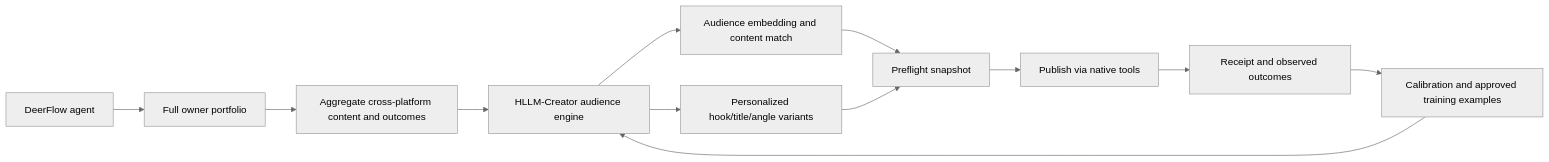
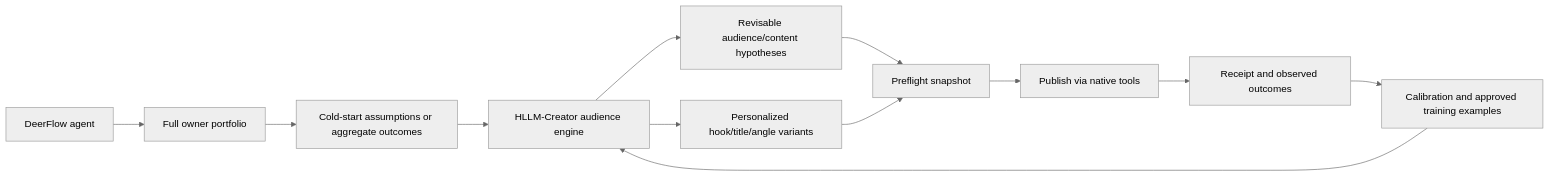
The diagram in docs/HLLM_CREATOR_INTEGRATION.md (yangshengguo46-stack/marketing-system-v4-ip-agent), drawn with Mermaid (neutral theme) before and after one commit. The commit also changed other lines of this file and 161 other files, not shown here.

````diff
--- a/docs/HLLM_CREATOR_INTEGRATION.md
+++ b/docs/HLLM_CREATOR_INTEGRATION.md
@@ -27,14 +27,14 @@
 ```mermaid
 flowchart LR
     D["DeerFlow agent"] --> P["Full owner portfolio"]
-    P --> A["Aggregate cross-platform content and outcomes"]
+    P --> A["Cold-start assumptions or aggregate outcomes"]
     A --> H["HLLM-Creator audience engine"]
-    H --> E["Audience embedding and content match"]
+    H --> E["Revisable audience/content hypotheses"]
     H --> G["Personalized hook/title/angle variants"]
     E --> R["Preflight snapshot"]
     G --> R
     R --> X["Publish via native tools"]
     X --> O["Receipt and observed outcomes"]
     O --> C["Calibration and approved training examples"]
     C --> H
 ```
````
